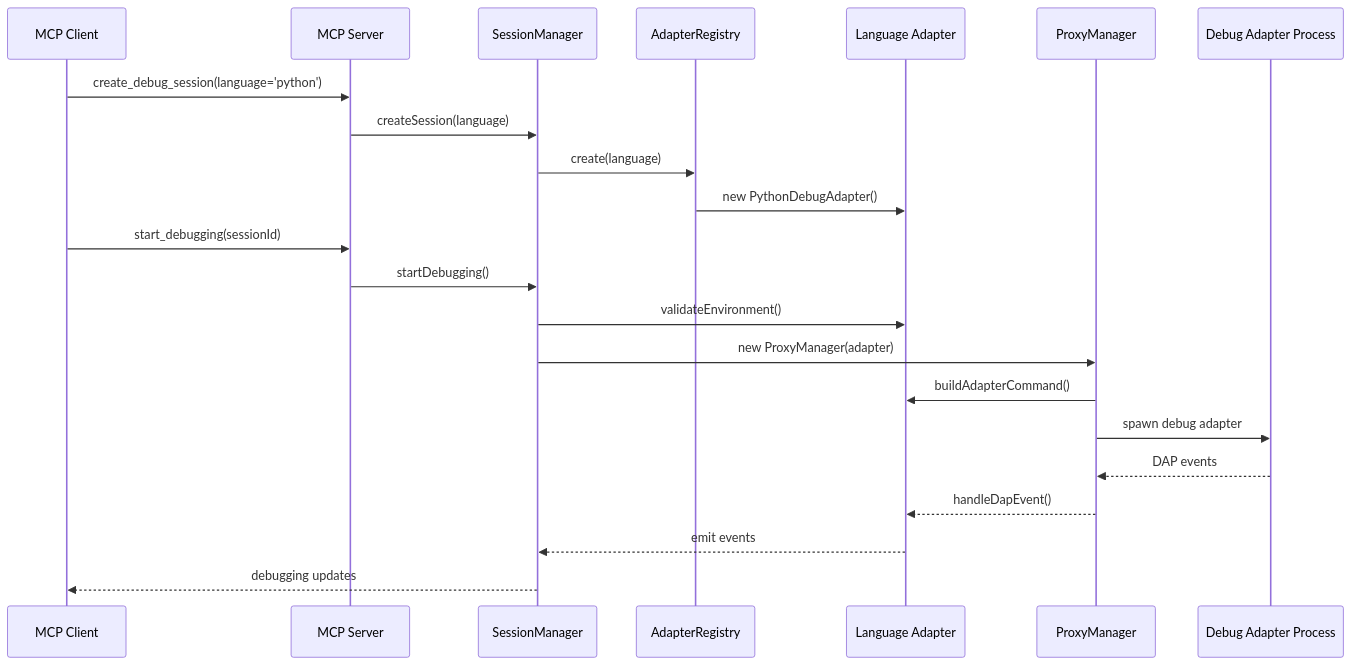
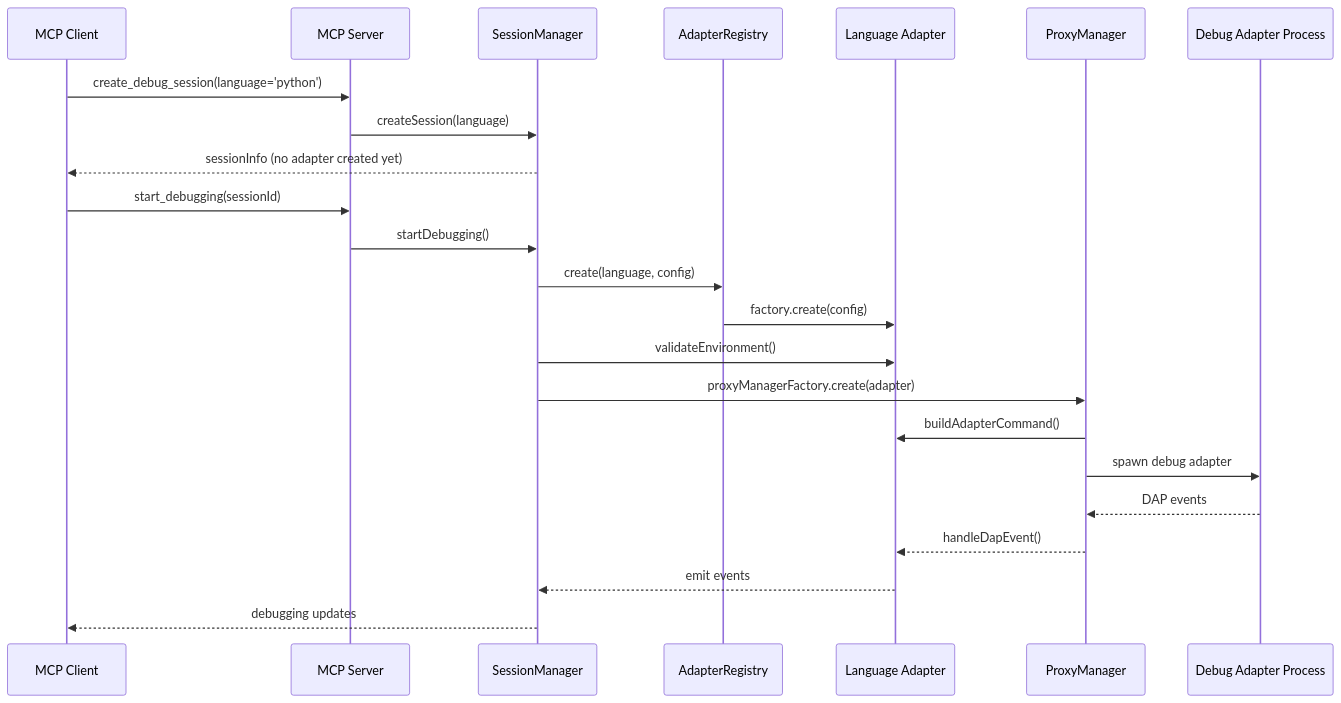
One commit to debugmcp/mcp-debugger changed the diagram in docs/architecture/README.md. Above: the diagram before and after it, drawn with Mermaid. The commit also changed other lines of this file and 142 other files, not shown here.

````diff
--- a/docs/architecture/README.md
+++ b/docs/architecture/README.md
@@ -66,27 +70,28 @@
 ```mermaid
 sequenceDiagram
     participant Client as MCP Client
     participant Server as MCP Server
     participant SM as SessionManager
     participant AR as AdapterRegistry
     participant Adapter as Language Adapter
     participant PM as ProxyManager
     participant DAP as Debug Adapter Process
     
     Client->>Server: create_debug_session(language='python')
     Server->>SM: createSession(language)
-    SM->>AR: create(language)
-    AR->>Adapter: new PythonDebugAdapter()
-    
+    SM-->>Client: sessionInfo (no adapter created yet)
+
     Client->>Server: start_debugging(sessionId)
     Server->>SM: startDebugging()
+    SM->>AR: create(language, config)
+    AR->>Adapter: factory.create(config)
     SM->>Adapter: validateEnvironment()
-    SM->>PM: new ProxyManager(adapter)
+    SM->>PM: proxyManagerFactory.create(adapter)
     PM->>Adapter: buildAdapterCommand()
     PM->>DAP: spawn debug adapter
     
     DAP-->>PM: DAP events
     PM-->>Adapter: handleDapEvent()
     Adapter-->>SM: emit events
     SM-->>Client: debugging updates
 ```
````
